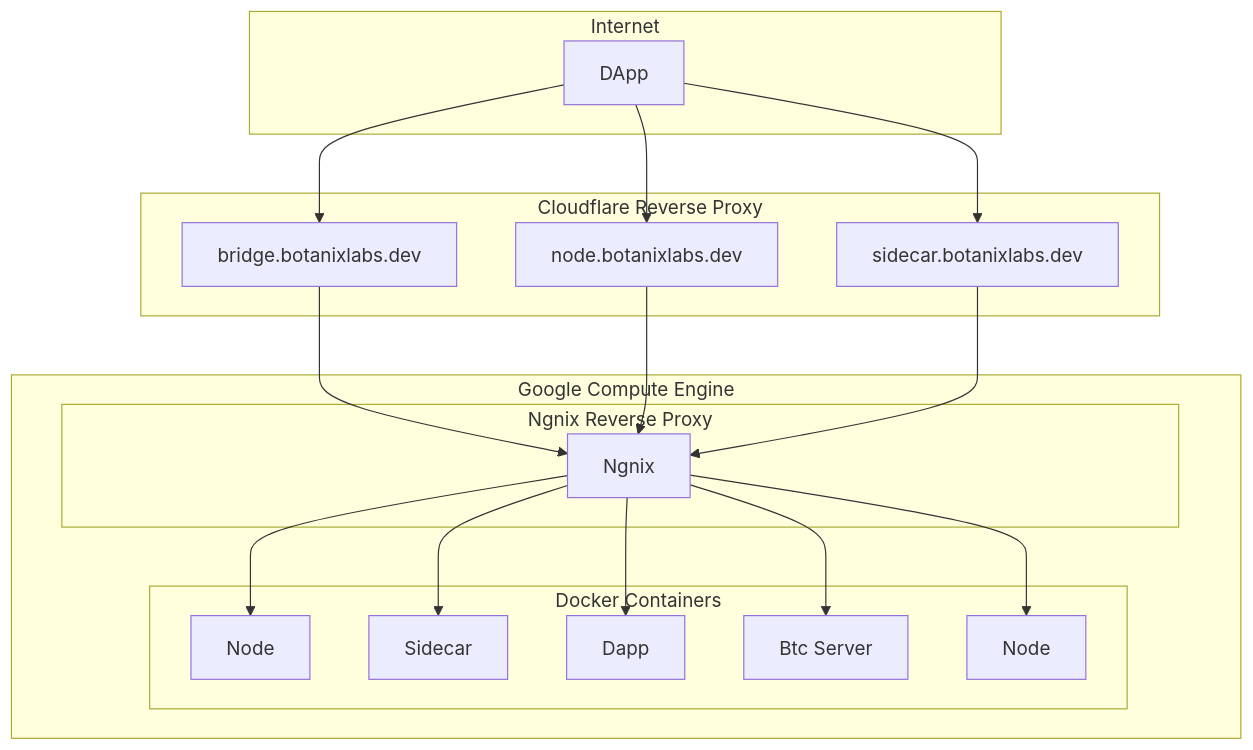
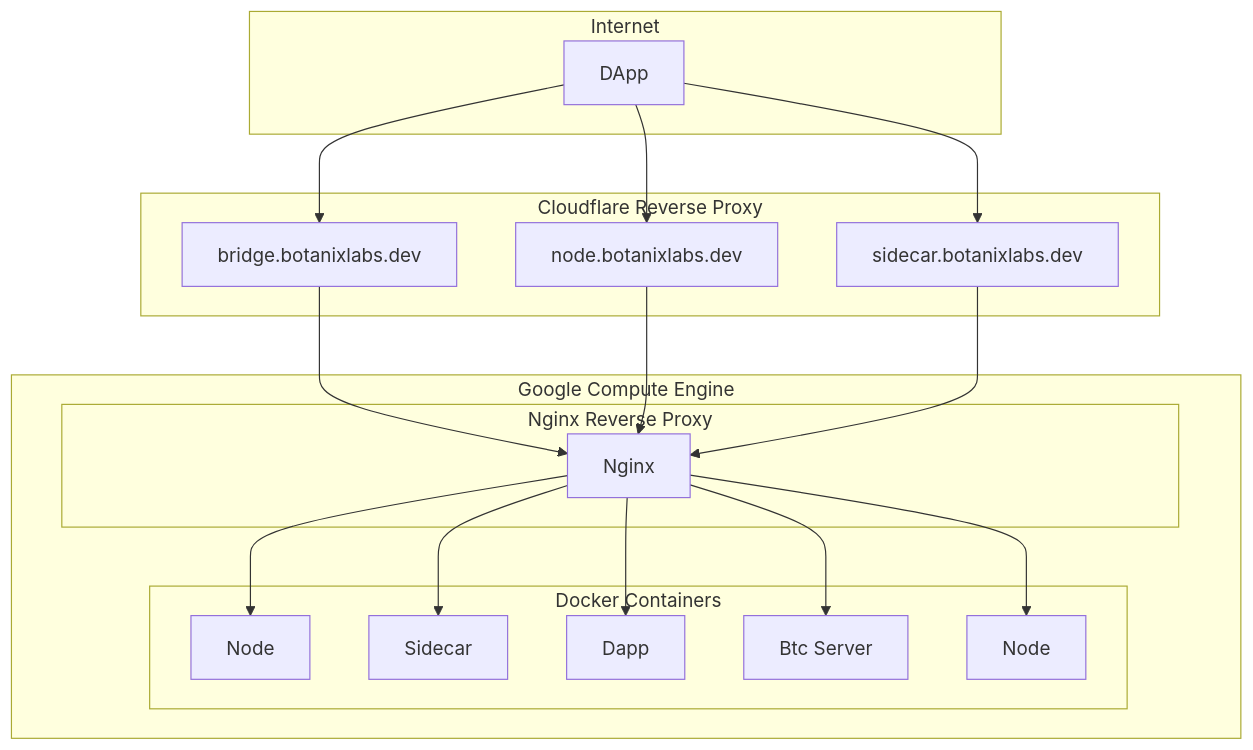
Before and after one commit to botanix-labs/Macbeth: the diagram in docs/botanix/reverse_proxy.md, drawn with Mermaid. The commit also changed 58 other files, not shown here.

````diff
--- a/docs/botanix/reverse_proxy.md
+++ b/docs/botanix/reverse_proxy.md
@@ -8,41 +8,41 @@
 ```mermaid  
 graph TD;
 
 subgraph Internet
   A[DApp]
 end
 
 subgraph Cloudflare Reverse Proxy
   B[bridge.botanixlabs.dev]
   C[node.botanixlabs.dev]
   D[sidecar.botanixlabs.dev]
 end
 
 subgraph Google Compute Engine
-    subgraph Ngnix Reverse Proxy
-        E[Ngnix]
+    subgraph Nginx Reverse Proxy
+        E[Nginx]
     end
     subgraph Docker Containers
         F[Node]
         G[Sidecar]
         H[Dapp]
         K[Btc Server]
         L[Node]
     end
 end
 
 A --> B;
 A --> C;
 A --> D;
 
 B --> E;
 C --> E;
 D --> E;
 
 E --> F;
 E --> G;
 E --> H;
 E --> K;
 E --> L;
 
 ```
````
